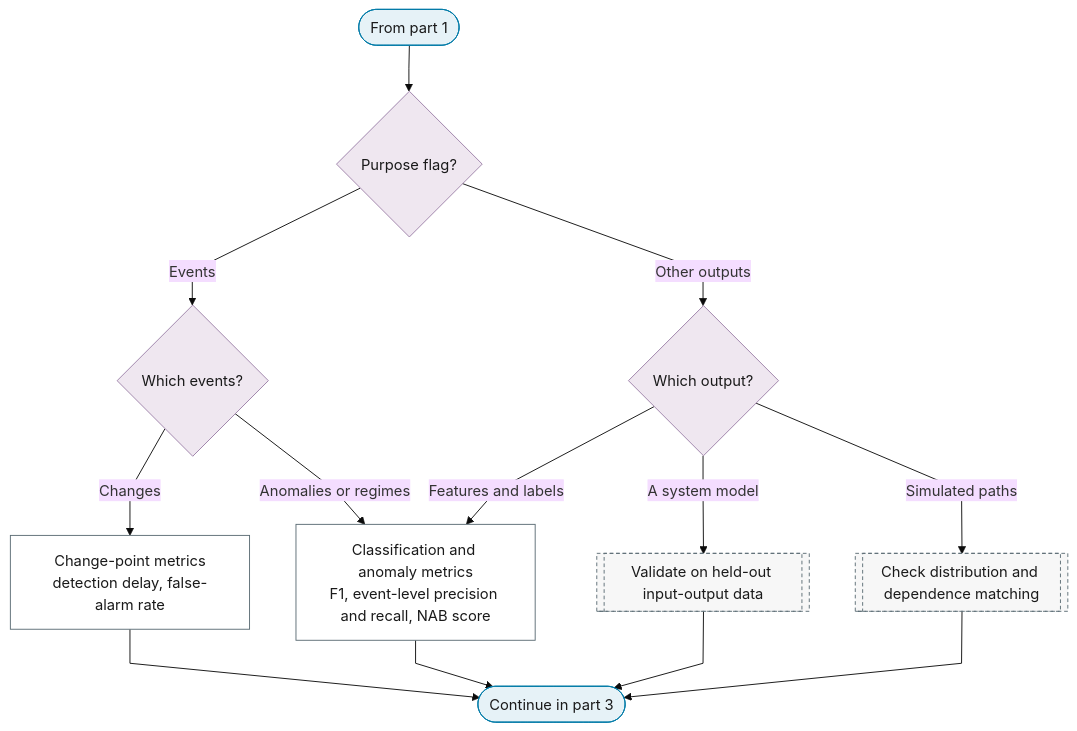
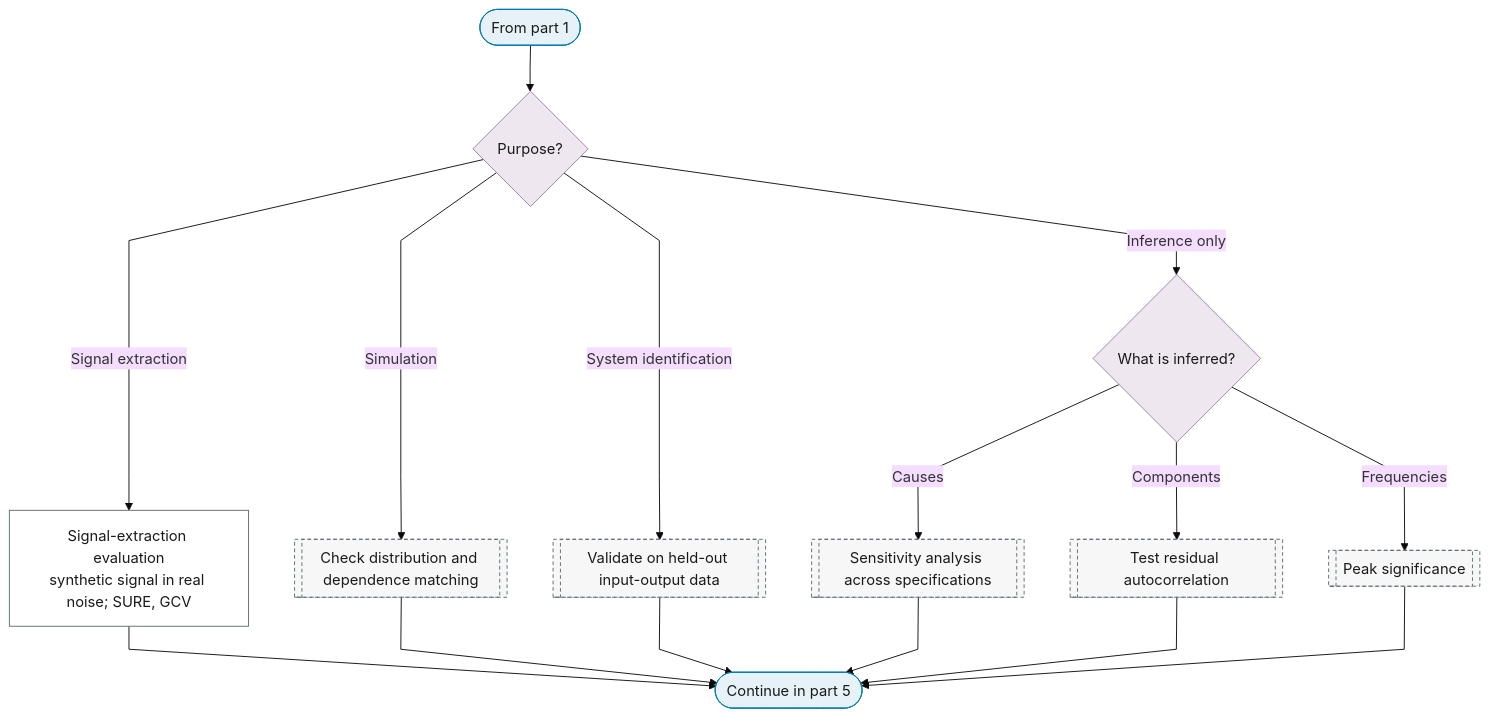
The fourth of 5 diagrams in docs/01-workflow/p10-evaluation-selection.md (Shuxin-Y/time-series-analysis-manual), drawn with Mermaid (base theme) before and after one commit. The commit also changed other lines of this file and 8 other files, not shown here.

First line of the commit message:
feat(p9,p10): purpose-group gate, corrected re-tests, as-of-origin evaluation

````diff
--- a/docs/01-workflow/p10-evaluation-selection.md
+++ b/docs/01-workflow/p10-evaluation-selection.md
@@ -41,25 +85,26 @@
 ```mermaid
 %%{init: {"flowchart": {"curve": "linear"}}}%%
 graph TD
-    P10_PART_2_IN(["From part 1"]) --> P10_METRIC_KIND_2{"Purpose flag?"}
-    P10_METRIC_KIND_2 -->|"Events"| P10_EVENTS{"Which events?"}
-    P10_METRIC_KIND_2 -->|"Other outputs"| P10_OUTPUTS{"Which output?"}
-    P10_EVENTS -->|"Changes"| P10_CHANGE_POINT_METRICS["Change-point metrics<br/>detection delay, false-alarm rate"]
-    P10_EVENTS -->|"Anomalies or regimes"| P10_CLASSIFICATION_METRICS["Classification and anomaly metrics<br/>F1, event-level precision and recall, NAB score"]
-    P10_OUTPUTS -->|"Features and labels"| P10_CLASSIFICATION_METRICS
-    P10_OUTPUTS -->|"A system model"| P0_SI_VALIDATION[["Validate on held-out input-output data"]]
-    P10_OUTPUTS -->|"Simulated paths"| P0_SM_DISTRIBUTION_MATCH[["Check distribution and dependence matching"]]
-    P10_CHANGE_POINT_METRICS & P10_CLASSIFICATION_METRICS & P0_SI_VALIDATION & P0_SM_DISTRIBUTION_MATCH --> P10_TO_PART_3(["Continue in part 3"])
-    class P10_PART_2_IN,P10_TO_PART_3 terminator
-    class P10_METRIC_KIND_2,P10_EVENTS,P10_OUTPUTS decision
-    class P10_CHANGE_POINT_METRICS,P10_CLASSIFICATION_METRICS process
-    class P0_SI_VALIDATION,P0_SM_DISTRIBUTION_MATCH ref
+    P10_PART_4_IN(["From part 1"]) --> P10_OUTPUTS{"Purpose?"}
+    P10_OUTPUTS -->|"Signal extraction"| P10_SIGNAL_EVALUATION["Signal-extraction evaluation<br/>synthetic signal in real noise; SURE, GCV"]
+    P10_OUTPUTS -->|"Simulation"| P0_SM_DISTRIBUTION_MATCH[["Check distribution and dependence matching"]]
+    P10_OUTPUTS -->|"System identification"| P0_SI_VALIDATION[["Validate on held-out input-output data"]]
+    P10_OUTPUTS -->|"Inference only"| P10_INFERENCE_ONLY{"What is inferred?"}
+    P10_INFERENCE_ONLY -->|"Causes"| P0_CA_SENSITIVITY[["Sensitivity analysis across specifications"]]
+    P10_INFERENCE_ONLY -->|"Components"| P7_MEAN_TESTS[["Test residual autocorrelation"]]
+    P10_INFERENCE_ONLY -->|"Frequencies"| P0_SP_PEAK_SIGNIFICANCE[["Peak significance"]]
+    P10_SIGNAL_EVALUATION & P0_SM_DISTRIBUTION_MATCH & P0_SI_VALIDATION --> P10_PART_4_OUT(["Continue in part 5"])
+    P0_CA_SENSITIVITY & P7_MEAN_TESTS & P0_SP_PEAK_SIGNIFICANCE --> P10_PART_4_OUT
+    class P10_PART_4_IN,P10_PART_4_OUT terminator
+    class P10_OUTPUTS,P10_INFERENCE_ONLY decision
+    class P10_SIGNAL_EVALUATION process
+    class P0_SM_DISTRIBUTION_MATCH,P0_SI_VALIDATION,P0_CA_SENSITIVITY,P7_MEAN_TESTS,P0_SP_PEAK_SIGNIFICANCE ref
     classDef terminator fill:#E6F2F7,stroke:#007BA7,color:#1A1A1A;
     classDef process fill:#FFFFFF,stroke:#5A6B73,color:#1A1A1A;
     classDef decision fill:#EFE7F0,stroke:#9B7FA7,color:#1A1A1A;
     classDef data fill:#FFF4E0,stroke:#C9A55E,color:#1A1A1A;
     classDef good fill:#DCEFD8,stroke:#4A7A3F,color:#1A1A1A;
     classDef escalate fill:#FFE9C2,stroke:#C9A55E,color:#1A1A1A;
     classDef problem fill:#F2D9DE,stroke:#800020,color:#1A1A1A;
     classDef ref fill:#F7F7F7,stroke:#5A6B73,color:#1A1A1A,stroke-dasharray:4 3;
 ```
````
